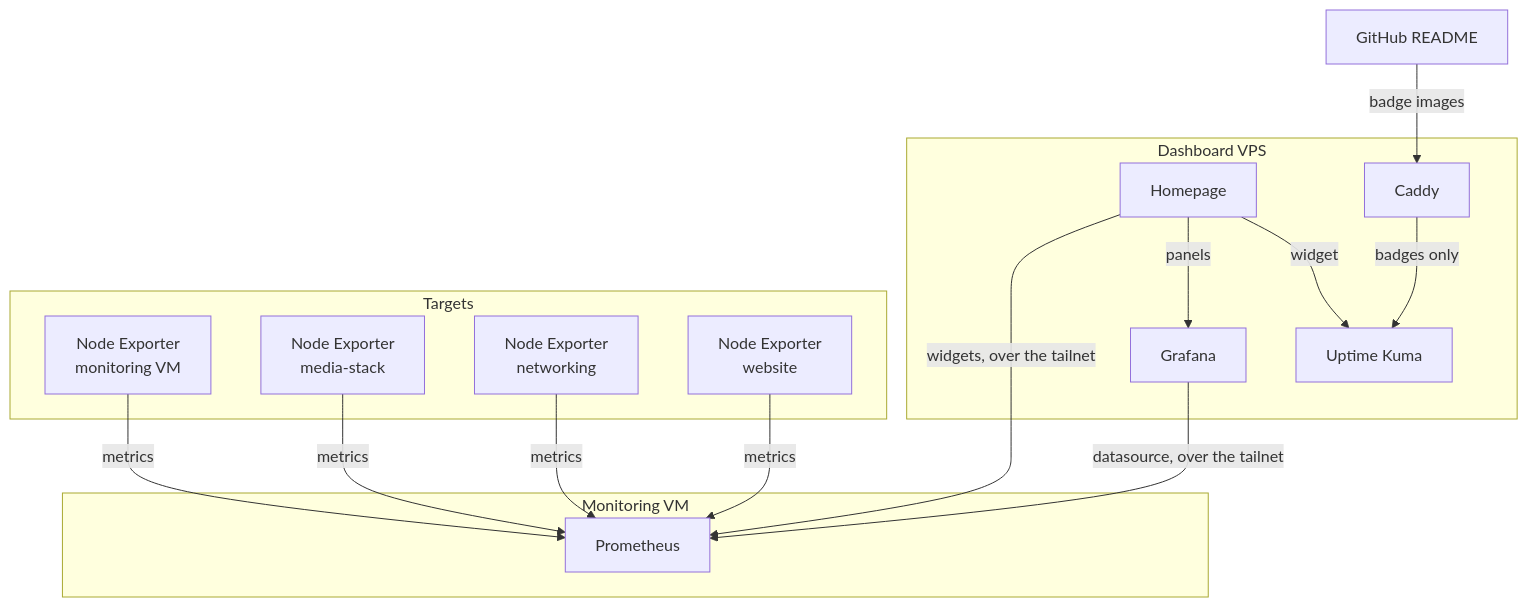
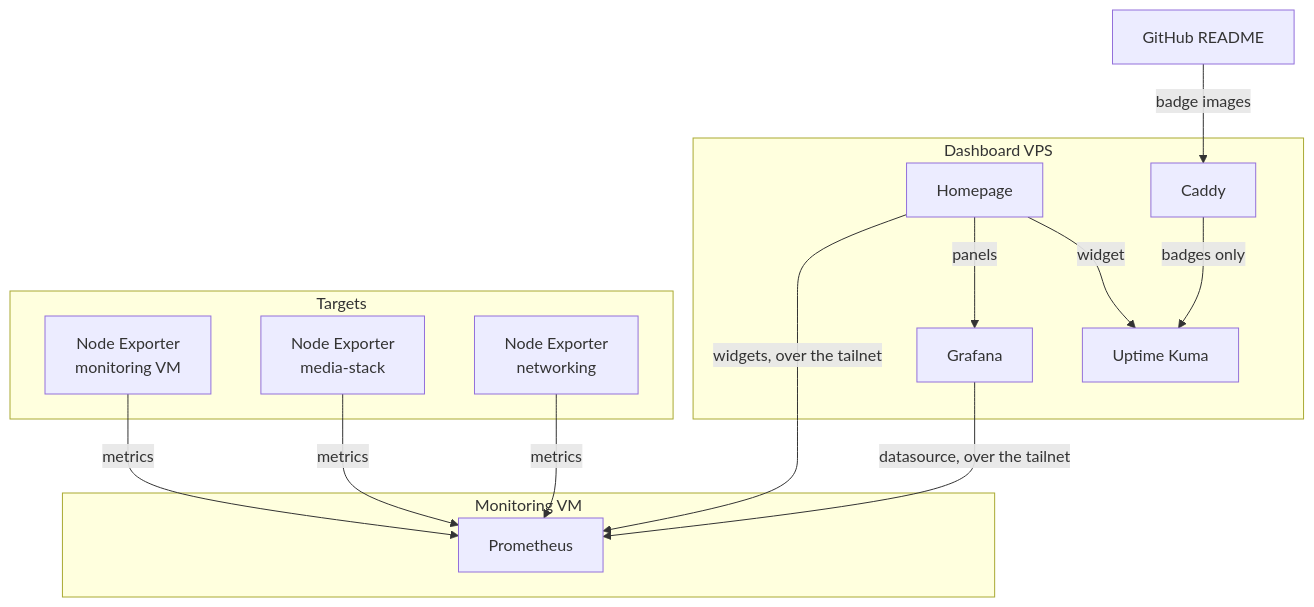
The diagram in docs/infrastructure/monitoring/index.md (sfcal/homelab), drawn with Mermaid before and after one commit. The commit also changed other lines of this file and 29 other files, not shown here.

````diff
--- a/docs/infrastructure/monitoring/index.md
+++ b/docs/infrastructure/monitoring/index.md
@@ -10,28 +10,27 @@
 ```mermaid
 graph TD
     subgraph Monitoring VM
         Prometheus[Prometheus]
     end
 
     subgraph Dashboard VPS
         Grafana[Grafana]
         Homepage[Homepage]
         UptimeKuma[Uptime Kuma]
         Caddy[Caddy]
     end
 
     subgraph Targets
         NE1[Node Exporter\nmonitoring VM]
         NE2[Node Exporter\nmedia-stack]
         NE3[Node Exporter\nnetworking]
-        NE4[Node Exporter\nwebsite]
     end
 
-    NE1 & NE2 & NE3 & NE4 -->|metrics| Prometheus
+    NE1 & NE2 & NE3 -->|metrics| Prometheus
     Grafana -->|datasource, over the tailnet| Prometheus
     Homepage -->|widgets, over the tailnet| Prometheus
     Homepage -->|panels| Grafana
     Homepage -->|widget| UptimeKuma
     Caddy -->|badges only| UptimeKuma
     GitHub[GitHub README] -->|badge images| Caddy
 ```
````
